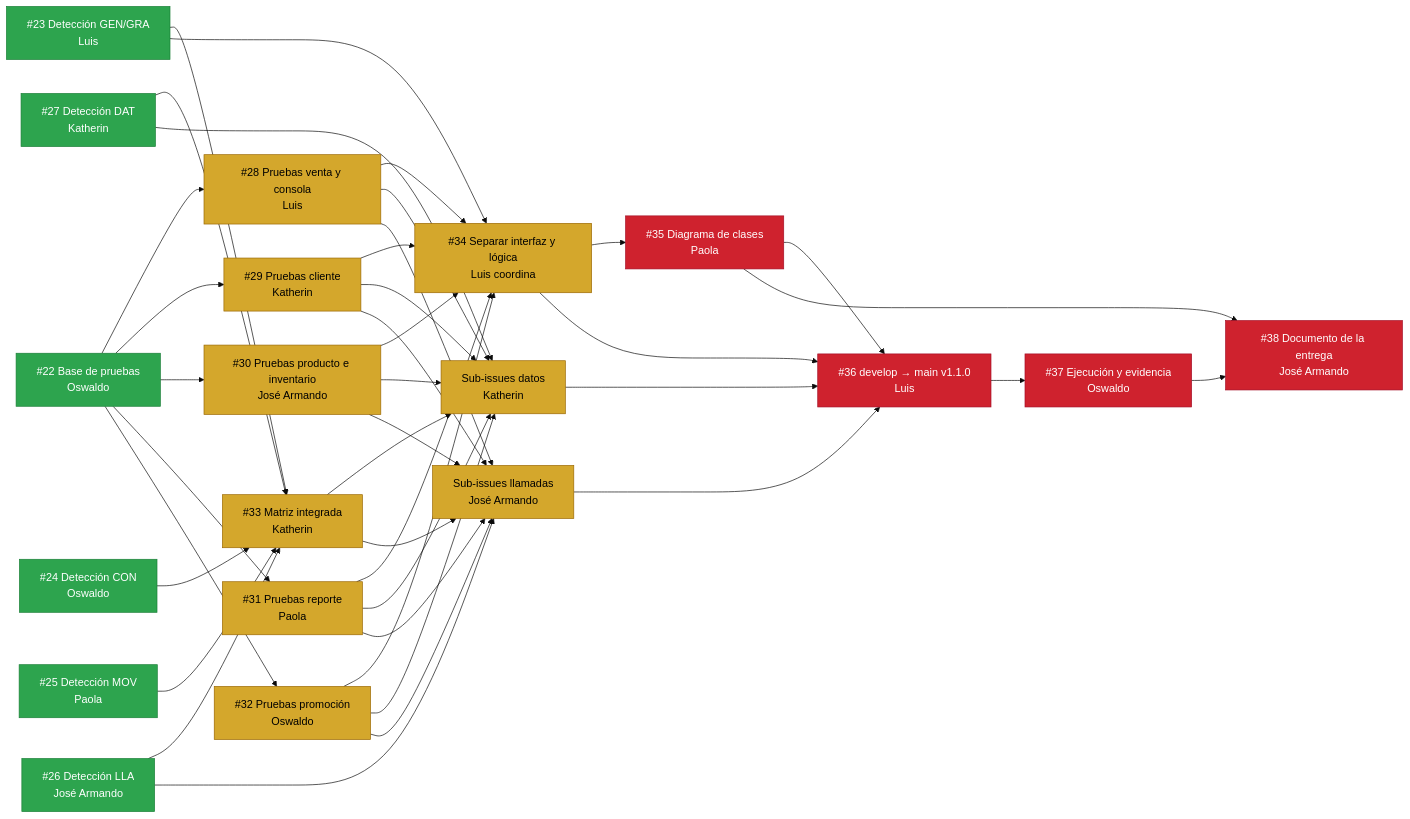
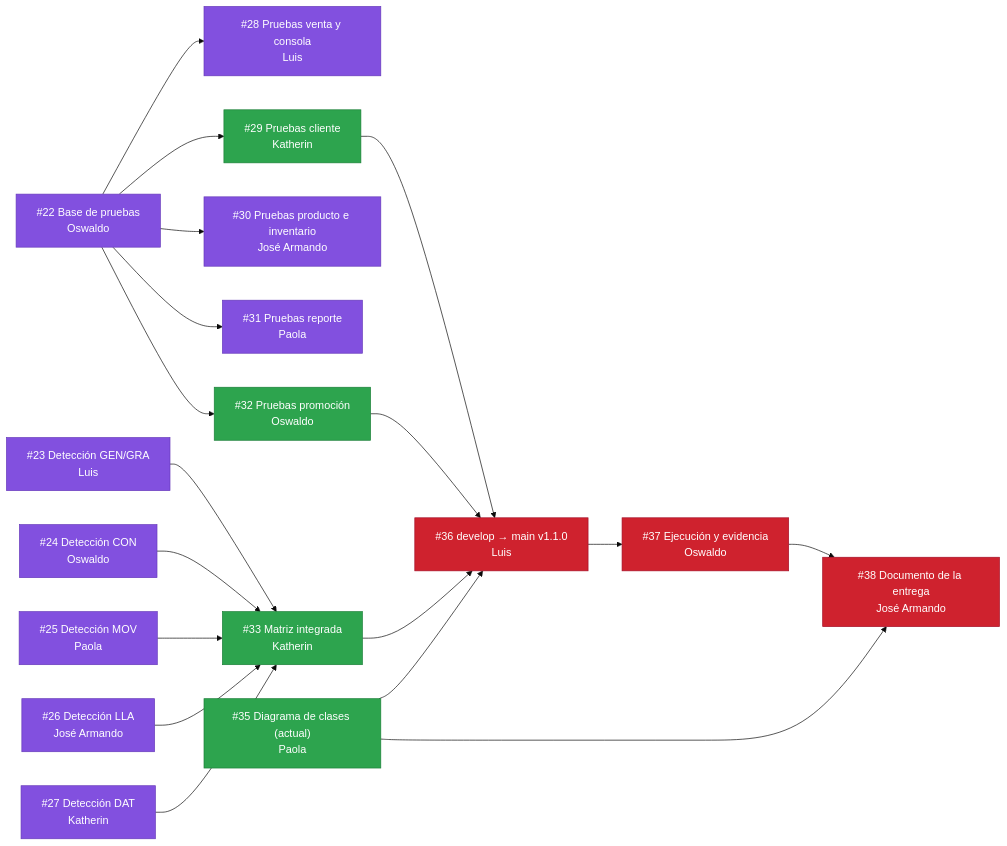
Before and after one commit to Luis-villanueva-valdivia/SistemaGestionAbarrotes: the diagram in docs/planeacion.md, drawn with Mermaid (base theme). The commit also changed other lines of this file, not shown here.

````diff
--- a/docs/planeacion.md
+++ b/docs/planeacion.md
@@ -59,41 +62,31 @@
 ```mermaid
 flowchart LR
-    I22["#22 Base de pruebas<br/>Oswaldo"]:::empieza
-    I23["#23 Detección GEN/GRA<br/>Luis"]:::empieza
-    I24["#24 Detección CON<br/>Oswaldo"]:::empieza
-    I25["#25 Detección MOV<br/>Paola"]:::empieza
-    I26["#26 Detección LLA<br/>José Armando"]:::empieza
-    I27["#27 Detección DAT<br/>Katherin"]:::empieza
+    I22["#22 Base de pruebas<br/>Oswaldo"]:::hecho
+    I23["#23 Detección GEN/GRA<br/>Luis"]:::hecho
+    I24["#24 Detección CON<br/>Oswaldo"]:::hecho
+    I25["#25 Detección MOV<br/>Paola"]:::hecho
+    I26["#26 Detección LLA<br/>José Armando"]:::hecho
+    I27["#27 Detección DAT<br/>Katherin"]:::hecho
 
-    I28["#28 Pruebas venta y consola<br/>Luis"]:::espera
-    I29["#29 Pruebas cliente<br/>Katherin"]:::espera
-    I30["#30 Pruebas producto e inventario<br/>José Armando"]:::espera
-    I31["#31 Pruebas reporte<br/>Paola"]:::espera
-    I32["#32 Pruebas promoción<br/>Oswaldo"]:::espera
-    I33["#33 Matriz integrada<br/>Katherin"]:::espera
+    I28["#28 Pruebas venta y consola<br/>Luis"]:::hecho
+    I29["#29 Pruebas cliente<br/>Katherin"]:::empieza
+    I30["#30 Pruebas producto e inventario<br/>José Armando"]:::hecho
+    I31["#31 Pruebas reporte<br/>Paola"]:::hecho
+    I32["#32 Pruebas promoción<br/>Oswaldo"]:::empieza
+    I33["#33 Matriz integrada<br/>Katherin"]:::empieza
+    I35["#35 Diagrama de clases (actual)<br/>Paola"]:::empieza
 
-    I34["#34 Separar interfaz y lógica<br/>Luis coordina"]:::espera
-    RDAT["Sub-issues datos<br/>Katherin"]:::espera
-    RLLA["Sub-issues llamadas<br/>José Armando"]:::espera
-
-    I35["#35 Diagrama de clases<br/>Paola"]:::final
     I36["#36 develop → main v1.1.0<br/>Luis"]:::final
     I37["#37 Ejecución y evidencia<br/>Oswaldo"]:::final
     I38["#38 Documento de la entrega<br/>José Armando"]:::final
 
     I22 --> I28 & I29 & I30 & I31 & I32
     I23 & I24 & I25 & I26 & I27 --> I33
-    I23 --> I34
-    I28 & I29 & I30 & I31 & I32 --> I34
-    I27 & I33 --> RDAT
-    I26 & I33 --> RLLA
-    I28 & I29 & I30 & I31 & I32 --> RDAT & RLLA
-    I34 --> I35
-    I34 & I35 & RDAT & RLLA --> I36
+    I29 & I32 & I33 & I35 --> I36
     I36 --> I37
     I35 & I37 --> I38
 
+    classDef hecho fill:#8250df,color:#fff,stroke:#6639ba
     classDef empieza fill:#2da44e,color:#fff,stroke:#1a7f37
-    classDef espera fill:#d4a72c,color:#000,stroke:#9a6700
     classDef final fill:#cf222e,color:#fff,stroke:#a40e26
 ```
````
